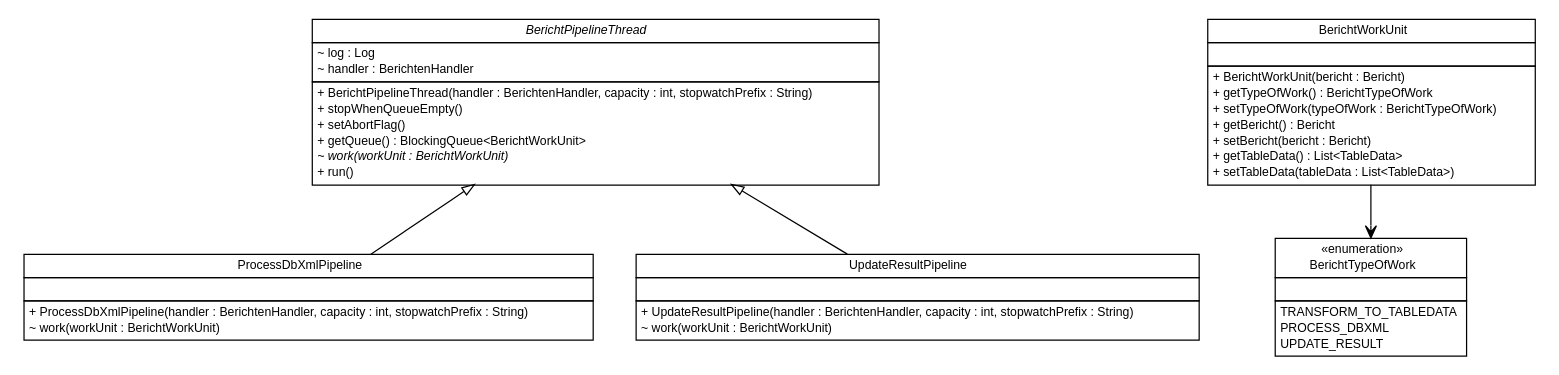
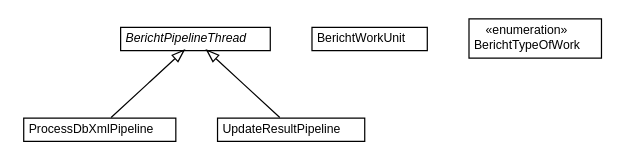
One commit to B3Partners/brmo changed the diagram in brmo-loader/apidocs/nl/b3p/brmo/loader/pipeline/nl.b3p.brmo.loader.pipeline.dot. Above: the diagram before and after it, drawn with Graphviz. The commit also changed 475 other files, not shown here.

```diff
--- a/brmo-loader/apidocs/nl/b3p/brmo/loader/pipeline/nl.b3p.brmo.loader.pipeline.dot
+++ b/brmo-loader/apidocs/nl/b3p/brmo/loader/pipeline/nl.b3p.brmo.loader.pipeline.dot
@@ -1,95 +1,47 @@
 #!/usr/local/bin/dot
 #
 # Class diagram 
 # Generated by UMLGraph version R5_6-24-gf6e263 (http://www.umlgraph.org/)
 #
 
 digraph G {
 	edge [fontname="Helvetica",fontsize=10,labelfontname="Helvetica",labelfontsize=10];
 	node [fontname="Helvetica",fontsize=10,shape=plaintext];
 	nodesep=0.25;
 	ranksep=0.5;
 	// nl.b3p.brmo.loader.pipeline.ProcessDbXmlPipeline
-	c283 [label=<<table title="nl.b3p.brmo.loader.pipeline.ProcessDbXmlPipeline" border="0" cellborder="1" cellspacing="0" cellpadding="2" port="p" href="./ProcessDbXmlPipeline.html">
+	c282 [label=<<table title="nl.b3p.brmo.loader.pipeline.ProcessDbXmlPipeline" border="0" cellborder="1" cellspacing="0" cellpadding="2" port="p" href="./ProcessDbXmlPipeline.html">
 		<tr><td><table border="0" cellspacing="0" cellpadding="1">
 <tr><td align="center" balign="center"> ProcessDbXmlPipeline </td></tr>
 		</table></td></tr>
-		<tr><td><table border="0" cellspacing="0" cellpadding="1">
-<tr><td align="left" balign="left">  </td></tr>
-		</table></td></tr>
-		<tr><td><table border="0" cellspacing="0" cellpadding="1">
-<tr><td align="left" balign="left"> + ProcessDbXmlPipeline(handler : BerichtenHandler, capacity : int, stopwatchPrefix : String) </td></tr>
-<tr><td align="left" balign="left"> ~ work(workUnit : BerichtWorkUnit) </td></tr>
-		</table></td></tr>
 		</table>>, URL="./ProcessDbXmlPipeline.html", fontname="Helvetica", fontcolor="black", fontsize=10.0];
 	// nl.b3p.brmo.loader.pipeline.UpdateResultPipeline
-	c284 [label=<<table title="nl.b3p.brmo.loader.pipeline.UpdateResultPipeline" border="0" cellborder="1" cellspacing="0" cellpadding="2" port="p" href="./UpdateResultPipeline.html">
+	c283 [label=<<table title="nl.b3p.brmo.loader.pipeline.UpdateResultPipeline" border="0" cellborder="1" cellspacing="0" cellpadding="2" port="p" href="./UpdateResultPipeline.html">
 		<tr><td><table border="0" cellspacing="0" cellpadding="1">
 <tr><td align="center" balign="center"> UpdateResultPipeline </td></tr>
 		</table></td></tr>
-		<tr><td><table border="0" cellspacing="0" cellpadding="1">
-<tr><td align="left" balign="left">  </td></tr>
-		</table></td></tr>
-		<tr><td><table border="0" cellspacing="0" cellpadding="1">
-<tr><td align="left" balign="left"> + UpdateResultPipeline(handler : BerichtenHandler, capacity : int, stopwatchPrefix : String) </td></tr>
-<tr><td align="left" balign="left"> ~ work(workUnit : BerichtWorkUnit) </td></tr>
-		</table></td></tr>
 		</table>>, URL="./UpdateResultPipeline.html", fontname="Helvetica", fontcolor="black", fontsize=10.0];
 	// nl.b3p.brmo.loader.pipeline.BerichtWorkUnit
-	c285 [label=<<table title="nl.b3p.brmo.loader.pipeline.BerichtWorkUnit" border="0" cellborder="1" cellspacing="0" cellpadding="2" port="p" href="./BerichtWorkUnit.html">
+	c284 [label=<<table title="nl.b3p.brmo.loader.pipeline.BerichtWorkUnit" border="0" cellborder="1" cellspacing="0" cellpadding="2" port="p" href="./BerichtWorkUnit.html">
 		<tr><td><table border="0" cellspacing="0" cellpadding="1">
 <tr><td align="center" balign="center"> BerichtWorkUnit </td></tr>
 		</table></td></tr>
-		<tr><td><table border="0" cellspacing="0" cellpadding="1">
-<tr><td align="left" balign="left">  </td></tr>
-		</table></td></tr>
-		<tr><td><table border="0" cellspacing="0" cellpadding="1">
-<tr><td align="left" balign="left"> + BerichtWorkUnit(bericht : Bericht) </td></tr>
-<tr><td align="left" balign="left"> + getTypeOfWork() : BerichtTypeOfWork </td></tr>
-<tr><td align="left" balign="left"> + setTypeOfWork(typeOfWork : BerichtTypeOfWork) </td></tr>
-<tr><td align="left" balign="left"> + getBericht() : Bericht </td></tr>
-<tr><td align="left" balign="left"> + setBericht(bericht : Bericht) </td></tr>
-<tr><td align="left" balign="left"> + getTableData() : List&lt;TableData&gt; </td></tr>
-<tr><td align="left" balign="left"> + setTableData(tableData : List&lt;TableData&gt;) </td></tr>
-		</table></td></tr>
 		</table>>, URL="./BerichtWorkUnit.html", fontname="Helvetica", fontcolor="black", fontsize=10.0];
 	// nl.b3p.brmo.loader.pipeline.BerichtPipelineThread
-	c286 [label=<<table title="nl.b3p.brmo.loader.pipeline.BerichtPipelineThread" border="0" cellborder="1" cellspacing="0" cellpadding="2" port="p" href="./BerichtPipelineThread.html">
+	c285 [label=<<table title="nl.b3p.brmo.loader.pipeline.BerichtPipelineThread" border="0" cellborder="1" cellspacing="0" cellpadding="2" port="p" href="./BerichtPipelineThread.html">
 		<tr><td><table border="0" cellspacing="0" cellpadding="1">
 <tr><td align="center" balign="center"><font face="Helvetica-Oblique"> BerichtPipelineThread </font></td></tr>
 		</table></td></tr>
-		<tr><td><table border="0" cellspacing="0" cellpadding="1">
-<tr><td align="left" balign="left"> ~ log : Log </td></tr>
-<tr><td align="left" balign="left"> ~ handler : BerichtenHandler </td></tr>
-		</table></td></tr>
-		<tr><td><table border="0" cellspacing="0" cellpadding="1">
-<tr><td align="left" balign="left"> + BerichtPipelineThread(handler : BerichtenHandler, capacity : int, stopwatchPrefix : String) </td></tr>
-<tr><td align="left" balign="left"> + stopWhenQueueEmpty() </td></tr>
-<tr><td align="left" balign="left"> + setAbortFlag() </td></tr>
-<tr><td align="left" balign="left"> + getQueue() : BlockingQueue&lt;BerichtWorkUnit&gt; </td></tr>
-<tr><td align="left" balign="left"><font face="Helvetica-Oblique" point-size="10.0"> ~ work(workUnit : BerichtWorkUnit) </font></td></tr>
-<tr><td align="left" balign="left"> + run() </td></tr>
-		</table></td></tr>
 		</table>>, URL="./BerichtPipelineThread.html", fontname="Helvetica", fontcolor="black", fontsize=10.0];
 	// nl.b3p.brmo.loader.pipeline.BerichtTypeOfWork
-	c287 [label=<<table title="nl.b3p.brmo.loader.pipeline.BerichtTypeOfWork" border="0" cellborder="1" cellspacing="0" cellpadding="2" port="p" href="./BerichtTypeOfWork.html">
+	c286 [label=<<table title="nl.b3p.brmo.loader.pipeline.BerichtTypeOfWork" border="0" cellborder="1" cellspacing="0" cellpadding="2" port="p" href="./BerichtTypeOfWork.html">
 		<tr><td><table border="0" cellspacing="0" cellpadding="1">
 <tr><td align="center" balign="center"> &#171;enumeration&#187; </td></tr>
 <tr><td align="center" balign="center"> BerichtTypeOfWork </td></tr>
 		</table></td></tr>
-		<tr><td><table border="0" cellspacing="0" cellpadding="1">
-<tr><td align="left" balign="left">  </td></tr>
-		</table></td></tr>
-		<tr><td><table border="0" cellspacing="0" cellpadding="1">
-<tr><td align="left" balign="left"> TRANSFORM_TO_TABLEDATA </td></tr>
-<tr><td align="left" balign="left"> PROCESS_DBXML </td></tr>
-<tr><td align="left" balign="left"> UPDATE_RESULT </td></tr>
-		</table></td></tr>
 		</table>>, URL="./BerichtTypeOfWork.html", fontname="Helvetica", fontcolor="black", fontsize=10.0];
 	//nl.b3p.brmo.loader.pipeline.ProcessDbXmlPipeline extends nl.b3p.brmo.loader.pipeline.BerichtPipelineThread
-	c286:p -> c283:p [dir=back,arrowtail=empty];
+	c285:p -> c282:p [dir=back,arrowtail=empty];
 	//nl.b3p.brmo.loader.pipeline.UpdateResultPipeline extends nl.b3p.brmo.loader.pipeline.BerichtPipelineThread
-	c286:p -> c284:p [dir=back,arrowtail=empty];
-	// nl.b3p.brmo.loader.pipeline.BerichtWorkUnit NAVASSOC nl.b3p.brmo.loader.pipeline.BerichtTypeOfWork
-	c285:p -> c287:p [taillabel="", label="", headlabel="", fontname="Helvetica", fontcolor="black", fontsize=10.0, color="black", arrowhead=open];
+	c285:p -> c283:p [dir=back,arrowtail=empty];
 }
```
